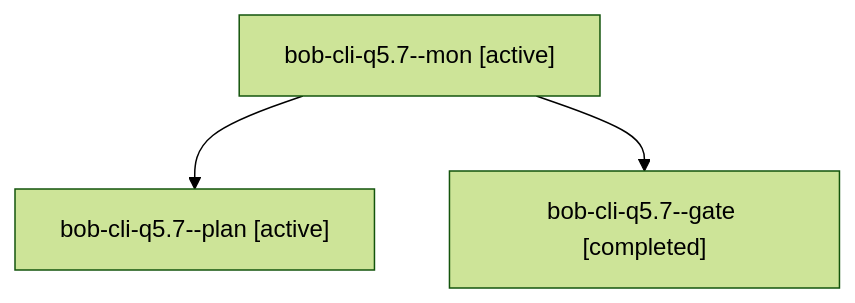
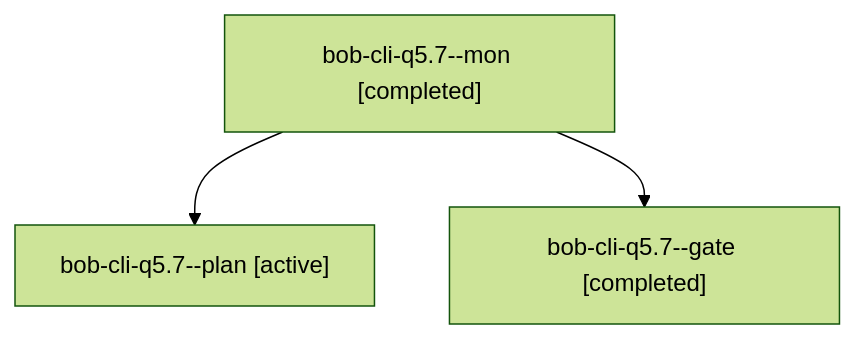
One commit to bobs-org/bob-cli--agents changed the diagram in sessions/bbugyi200.athena.bob-cli-q5.7.md. Above: the diagram before and after it, drawn with Mermaid (forest theme). The commit also changed other lines of this file and 150 other files, not shown here.

````diff
--- a/sessions/bbugyi200.athena.bob-cli-q5.7.md
+++ b/sessions/bbugyi200.athena.bob-cli-q5.7.md
@@ -9,8 +9,8 @@
 ```mermaid
 flowchart TD
-  n0["bob-cli-q5.7--mon [active]"]
+  n0["bob-cli-q5.7--mon [completed]"]
   n1["bob-cli-q5.7--plan [active]"]
   n0 --> n1
   n2["bob-cli-q5.7--gate [completed]"]
   n0 --> n2
 ```
````
